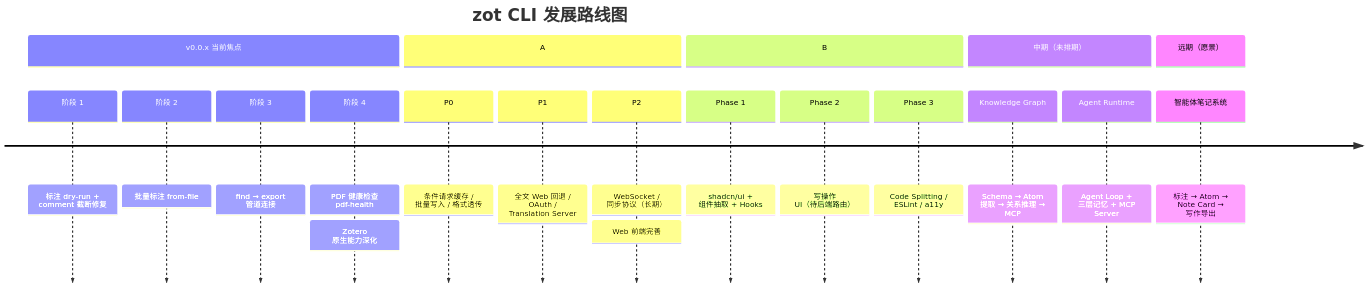
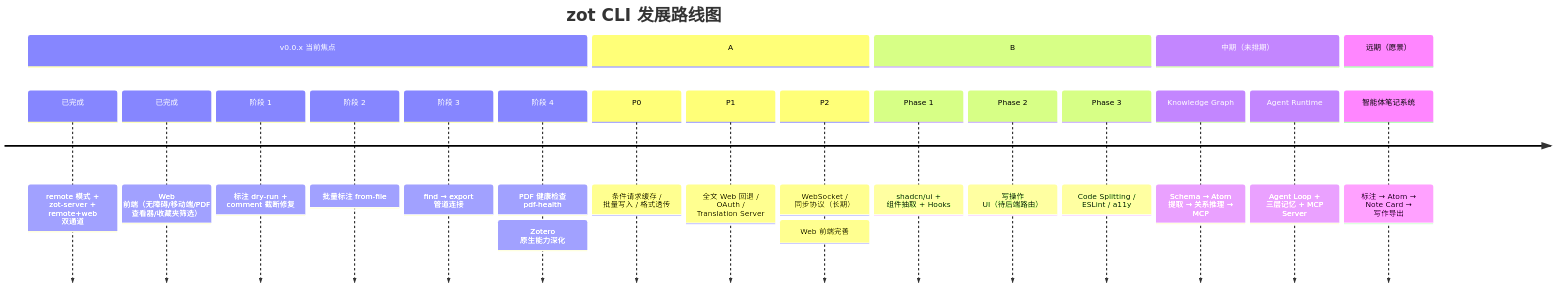
One commit to gqy20/zotero_cli changed the diagram in docs/plans/roadmap.md. Above: the diagram before and after it, drawn with Mermaid. The commit also changed other lines of this file and 8 other files, not shown here.

````diff
--- a/docs/plans/roadmap.md
+++ b/docs/plans/roadmap.md
@@ -5,27 +5,29 @@
 ```mermaid
 timeline
     title zot CLI 发展路线图
 
     section v0.0.x 当前焦点
+        已完成 : remote 模式 + zot-server + remote+web 双通道
+        已完成 : Web 前端（无障碍/移动端/PDF 查看器/收藏夹筛选）
         阶段 1 : 标注 dry-run + comment 截断修复
         阶段 2 : 批量标注 from-file
         阶段 3 : find → export 管道连接
         阶段 4 : PDF 健康检查 pdf-health
 
     section A : Zotero 原生能力深化
         P0 : 条件请求缓存 / 批量写入 / 格式透传
         P1 : 全文 Web 回退 / OAuth / Translation Server
         P2 : WebSocket / 同步协议（长期）
 
     section B : Web 前端完善
         Phase 1 : shadcn/ui + 组件抽取 + Hooks
         Phase 2 : 写操作 UI（待后端路由）
         Phase 3 : Code Splitting / ESLint / a11y
 
     section 中期（未排期）
         Knowledge Graph : Schema → Atom 提取 → 关系推理 → MCP
         Agent Runtime : Agent Loop + 三层记忆 + MCP Server
 
     section 远期（愿景）
         智能体笔记系统 : 标注 → Atom → Note Card → 写作导出
 ```
````
